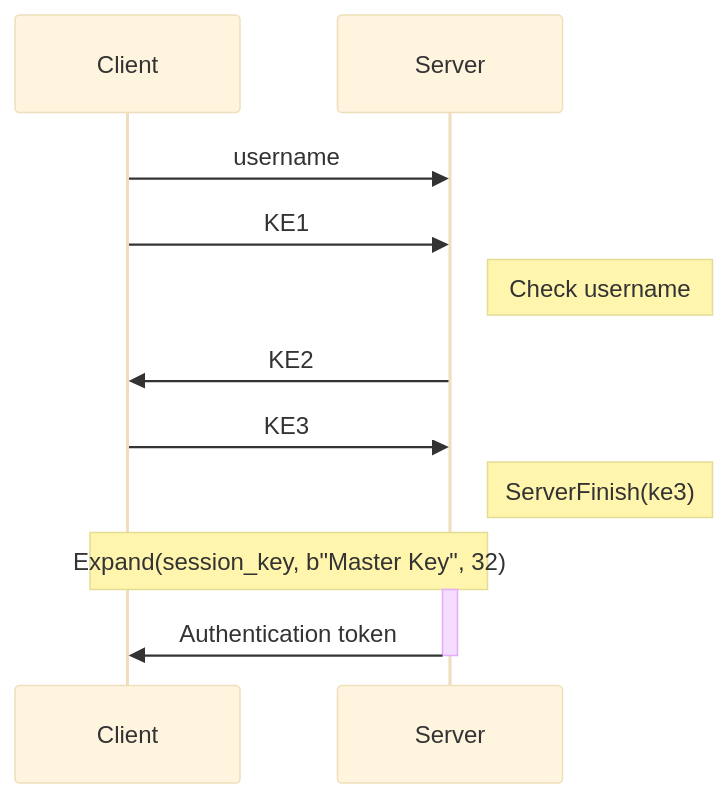
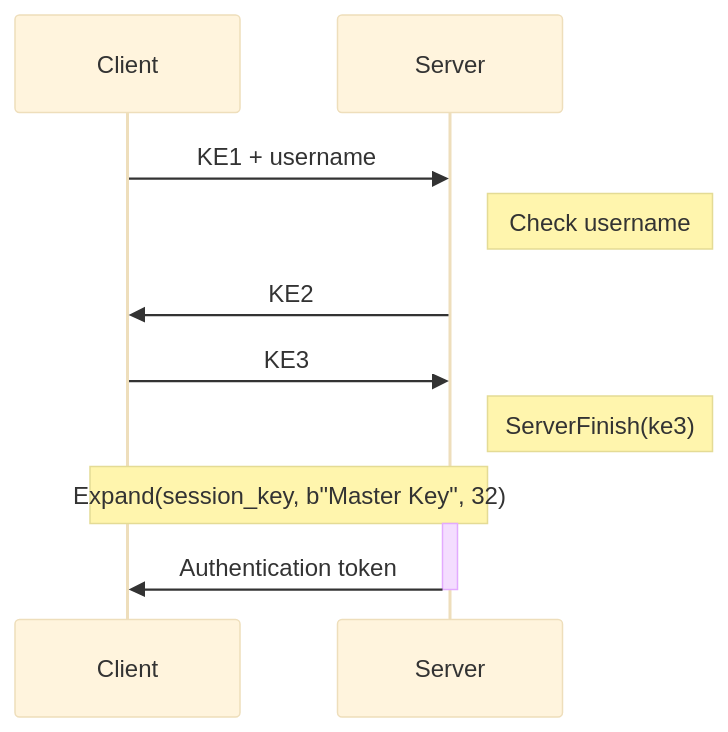
Before and after one commit to PhotonicGluon/Excalibur: the second of 2 diagrams in server/OPAQUE.md, drawn with Mermaid (base theme). The commit also changed other lines of this file and 4 other files, not shown here.

````diff
--- a/server/OPAQUE.md
+++ b/server/OPAQUE.md
@@ -20,15 +20,14 @@
 ```mermaid
 sequenceDiagram
     participant C as Client
     participant S as Server
 
-    C->>S: username
-    C->>S: KE1
+    C->>S: KE1 + username
     Note right of S: Check username
     S->>C: KE2
     C->>S: KE3
     Note right of S: ServerFinish(ke3)
     Note over C,S: Expand(session_key, b"Master Key", 32)
     activate S
     S->>-C: Authentication token
 ```
````
